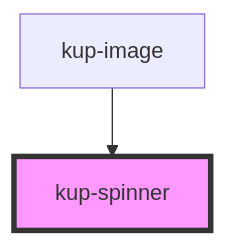
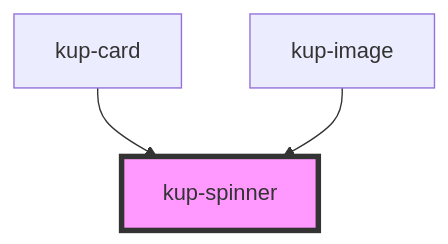
One commit to smeup/ketchup changed the diagram in packages/ketchup/src/components/kup-spinner/readme.md. Above: the diagram before and after it, drawn with Mermaid. The commit also changed other lines of this file and 9 other files, not shown here.

````diff
--- a/packages/ketchup/src/components/kup-spinner/readme.md
+++ b/packages/ketchup/src/components/kup-spinner/readme.md
@@ -50,5 +51,6 @@
 ```mermaid
 graph TD;
+  kup-card --> kup-spinner
   kup-image --> kup-spinner
   style kup-spinner fill:#f9f,stroke:#333,stroke-width:4px
 ```
````
